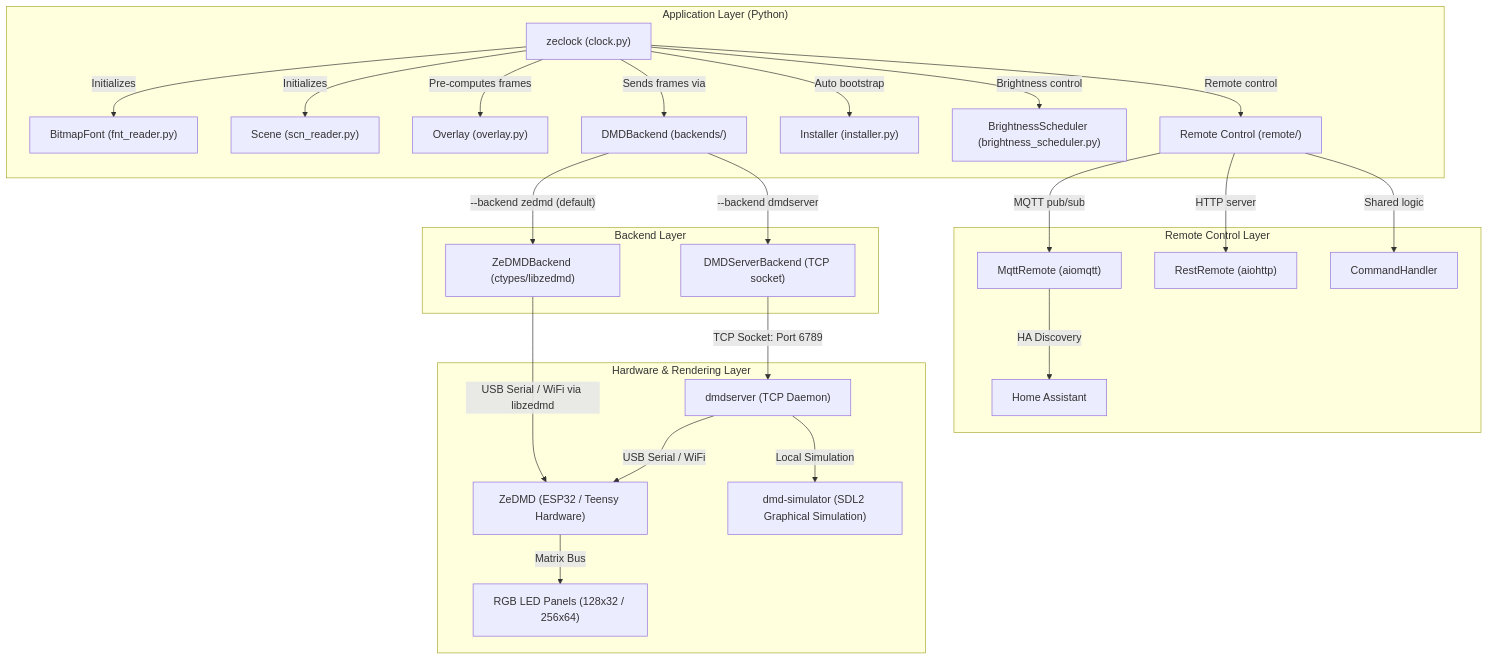
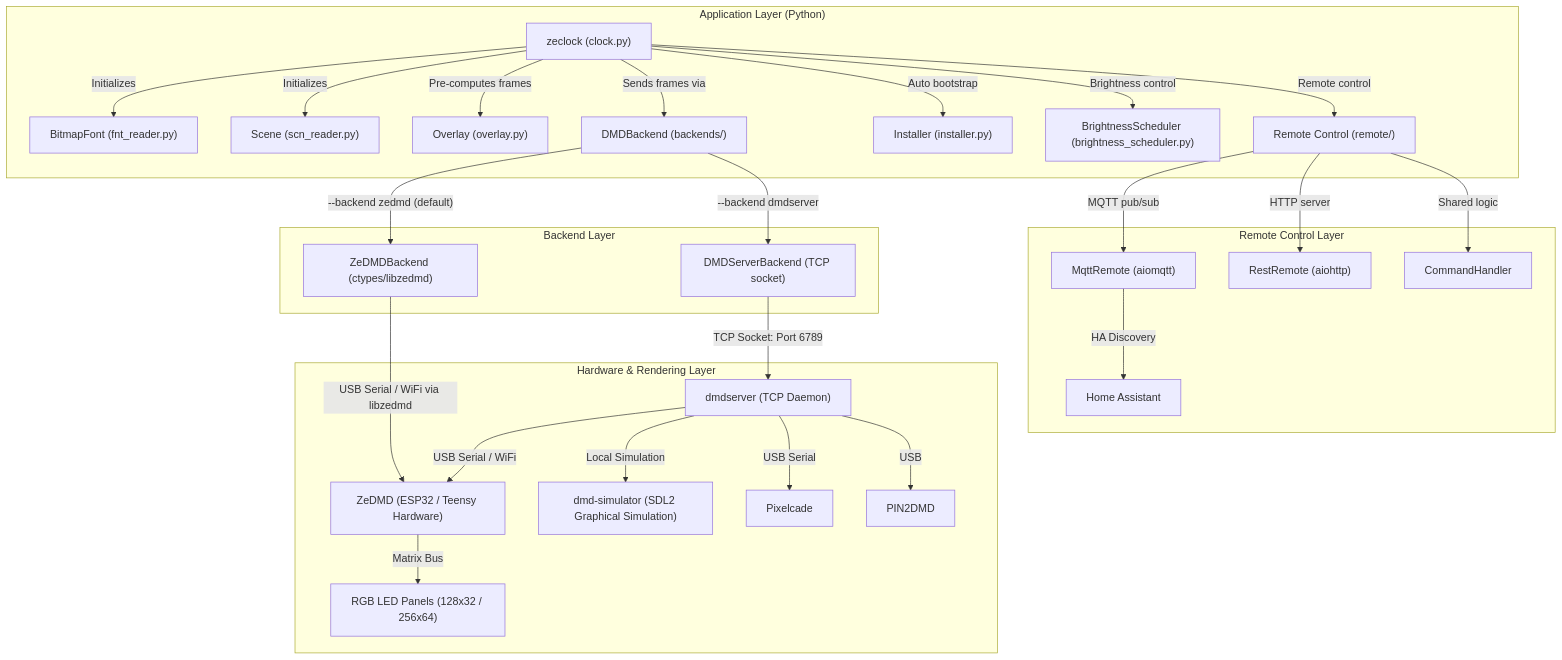
One commit to DMDTools/zeClock changed the first of 4 diagrams in docs/architecture.md. Above: the diagram before and after it, drawn with Mermaid. The commit also changed other lines of this file and 2 other files, not shown here.

Commit message:
docs: document dmdserver multi-device support (ZeDMD, Pixelcade, PIN2DMD)
- Update README.md tagline and opening paragraph to mention Pixelcade
  and PIN2DMD support via dmdserver (libdmdutil)
- Add vpinball/libdmdutil to References section
- Update docs/architecture.md opening paragraph and mermaid diagram to
  show Pixelcade and PIN2DMD as outputs from dmdserver node
- Update docs/backends.md DMDServer 'When to use' section with
  multi-device production use cases
- Add Decision Guide rows for Pixelcade/PIN2DMD and multi-device output
- Add new 'Multi-Device Output via dmdserver' section documenting
  supported devices, dmdserver configuration, and CLI options

````diff
--- a/docs/architecture.md
+++ b/docs/architecture.md
@@ -11,37 +11,41 @@
 ```mermaid
 graph TD
     subgraph "Application Layer (Python)"
         A["zeclock (clock.py)"] -->|Initializes| B["BitmapFont (fnt_reader.py)"]
         A -->|Initializes| C["Scene (scn_reader.py)"]
         A -->|Pre-computes frames| D["Overlay (overlay.py)"]
         A -->|Sends frames via| E["DMDBackend (backends/)"]
         A -->|Auto bootstrap| F2["Installer (installer.py)"]
         A -->|Brightness control| BS["BrightnessScheduler (brightness_scheduler.py)"]
         A -->|Remote control| RC["Remote Control (remote/)"]
     end
 
     subgraph "Remote Control Layer"
         RC -->|MQTT pub/sub| MQTT["MqttRemote (aiomqtt)"]
         RC -->|HTTP server| REST["RestRemote (aiohttp)"]
         RC -->|Shared logic| CMD["CommandHandler"]
         MQTT -->|HA Discovery| HA["Home Assistant"]
     end
 
     subgraph "Backend Layer"
         E -->|"--backend zedmd (default)"| E1["ZeDMDBackend (ctypes/libzedmd)"]
         E -->|"--backend dmdserver"| E2["DMDServerBackend (TCP socket)"]
     end
 
     subgraph "Hardware & Rendering Layer"
         G["ZeDMD (ESP32 / Teensy Hardware)"]
         H["RGB LED Panels (128x32 / 256x64)"]
         I["dmd-simulator (SDL2 Graphical Simulation)"]
         F["dmdserver (TCP Daemon)"]
+        J["Pixelcade"]
+        K["PIN2DMD"]
     end
 
     E1 -->|USB Serial / WiFi via libzedmd| G
     E2 -->|TCP Socket: Port 6789| F
     F -->|USB Serial / WiFi| G
+    F -->|USB Serial| J
+    F -->|USB| K
     G -->|Matrix Bus| H
     F -->|Local Simulation| I
 ```
````
